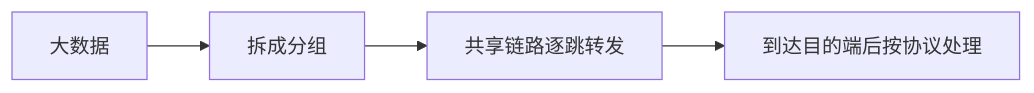
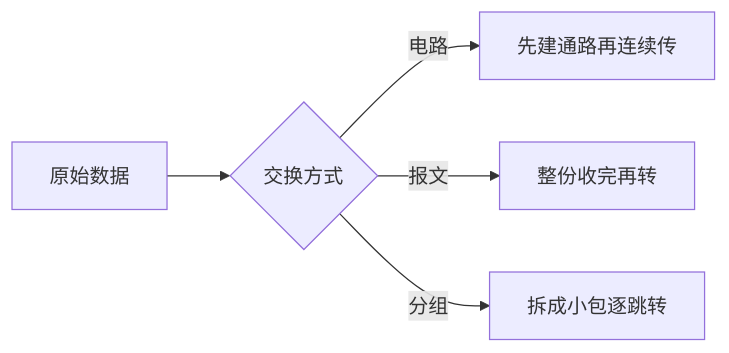
One commit to 74262195/system-architect-notes changed the diagram in 01_综合知识/01_计算机系统基础知识/03_计算机网络/电路报文与分组交换.md. Above: the diagram before and after it, drawn with Mermaid. The commit also changed other lines of this file and 19 other files, not shown here.

````diff
--- a/01_综合知识/01_计算机系统基础知识/03_计算机网络/电路报文与分组交换.md
+++ b/01_综合知识/01_计算机系统基础知识/03_计算机网络/电路报文与分组交换.md
@@ -56,6 +38,7 @@
-```mermaid
+~~~mermaid
 flowchart LR
-    A["大数据"] --> B["拆成分组"]
-    B --> C["共享链路逐跳转发"]
-    C --> D["到达目的端后按协议处理"]
-```
+    A["原始数据"] --> B{"交换方式"}
+    B -->|电路| C["先建通路再连续传"]
+    B -->|报文| D["整份收完再转"]
+    B -->|分组| E["拆成小包逐跳转"]
+~~~
````
